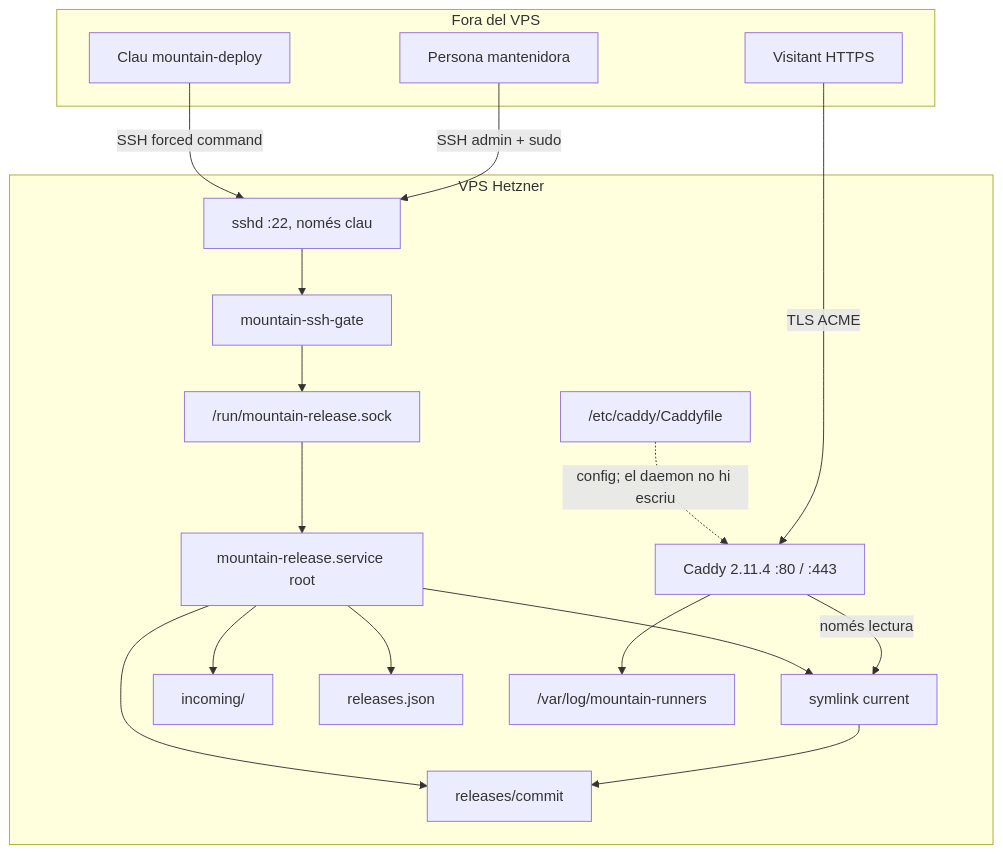
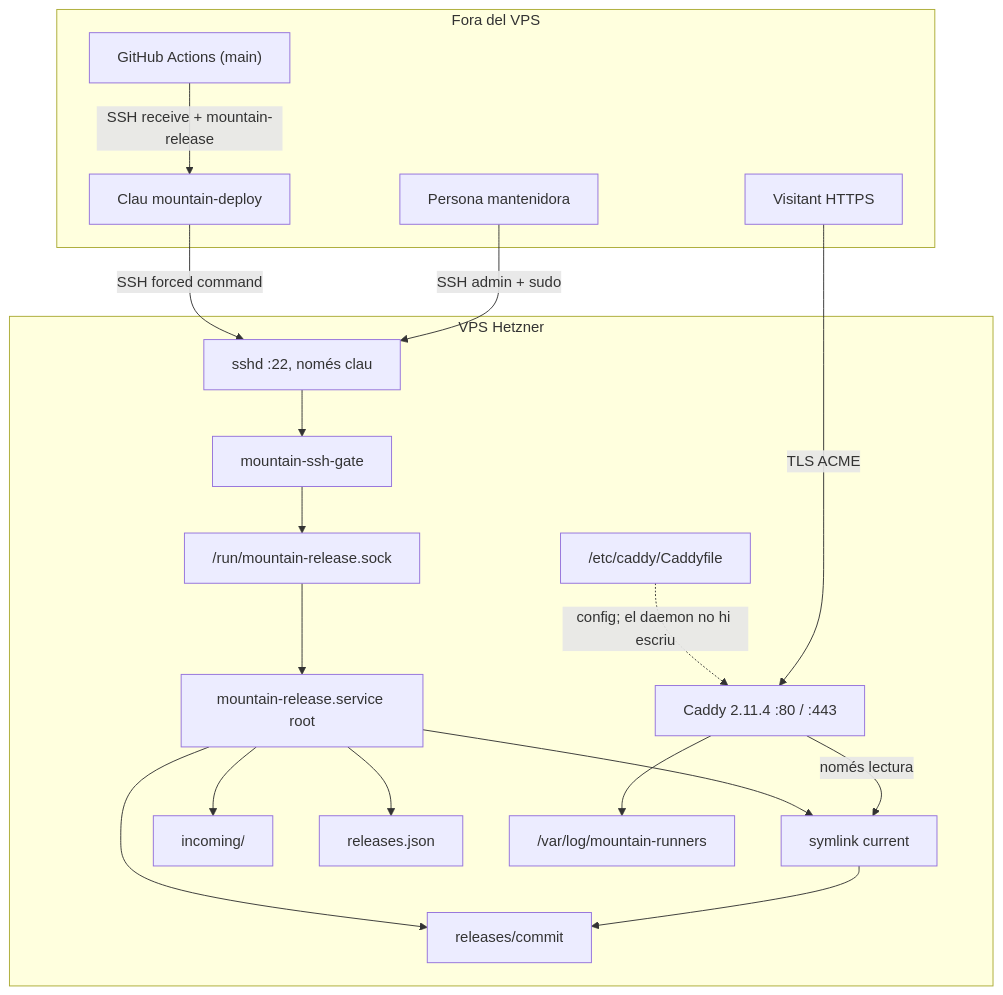
Before and after one commit to rboixaderg/mountain-runners: the first of 2 diagrams in docs/runbook.md, drawn with Mermaid. The commit also changed other lines of this file and 24 other files, not shown here.

````diff
--- a/docs/runbook.md
+++ b/docs/runbook.md
@@ -61,37 +61,39 @@
 ```mermaid
 flowchart TB
   subgraph Fora["Fora del VPS"]
     Visitant["Visitant HTTPS"]
     Mantenidora["Persona mantenidora"]
+    Actions["GitHub Actions (main)"]
     DeployKey["Clau mountain-deploy"]
   end
 
   subgraph VPS["VPS Hetzner"]
     sshd["sshd :22, només clau"]
     Caddy["Caddy 2.11.4 :80 / :443"]
     Gate["mountain-ssh-gate"]
     Daemon["mountain-release.service root"]
     Sock["/run/mountain-release.sock"]
     Current["symlink current"]
     Releases["releases/commit"]
     Incoming["incoming/"]
     Registry["releases.json"]
     Logs["/var/log/mountain-runners"]
     Caddyfile["/etc/caddy/Caddyfile"]
   end
 
   Visitant -->|"TLS ACME"| Caddy
   Caddy -->|"només lectura"| Current
   Current --> Releases
   Caddy --> Logs
   Caddyfile -.->|"config; el daemon no hi escriu"| Caddy
   Mantenidora -->|"SSH admin + sudo"| sshd
+  Actions -->|"SSH receive + mountain-release"| DeployKey
   DeployKey -->|"SSH forced command"| sshd
   sshd --> Gate
   Gate --> Sock
   Sock --> Daemon
   Daemon --> Incoming
   Daemon --> Releases
   Daemon --> Current
   Daemon --> Registry
 ```
````
